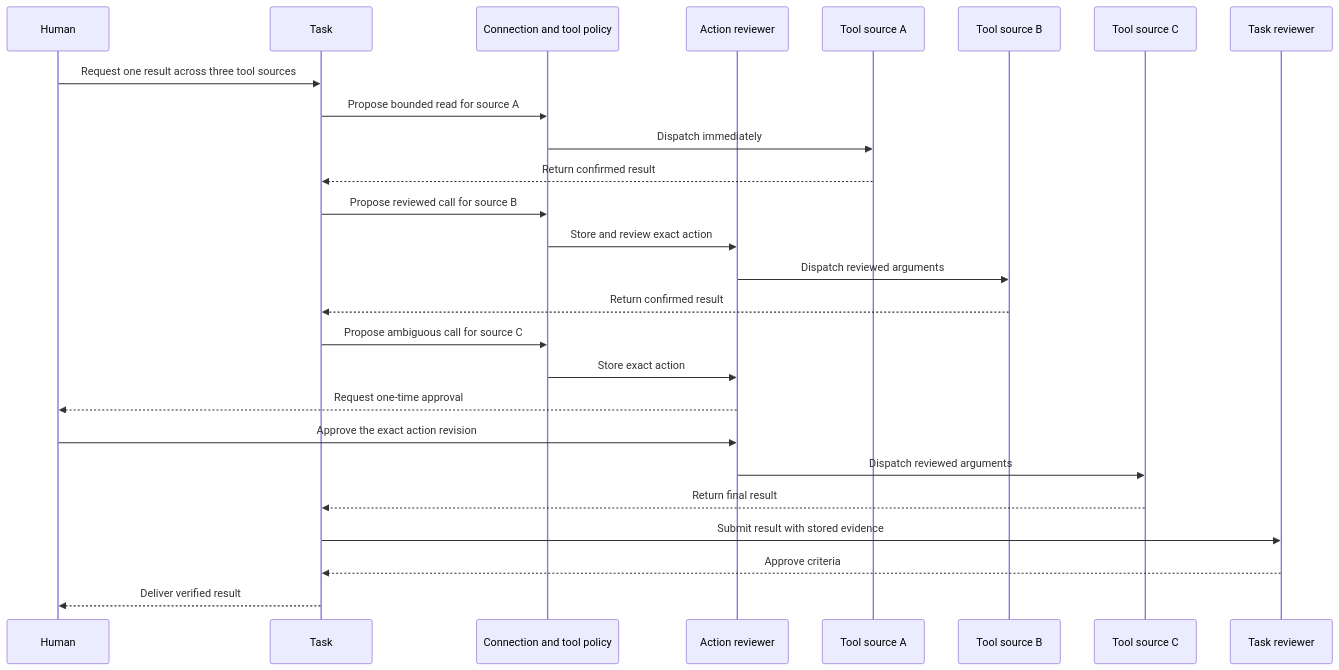
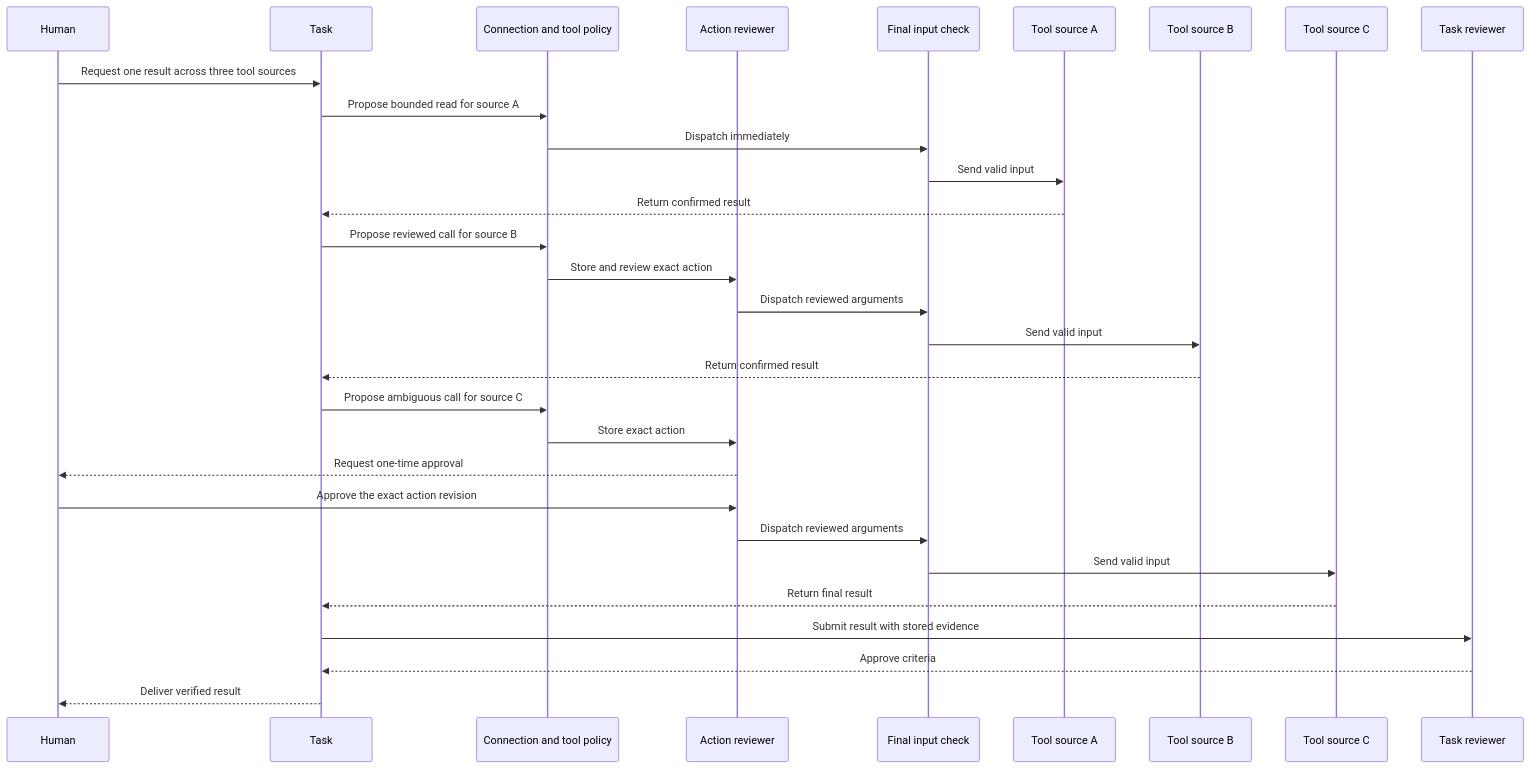
Before and after one commit to kpsuperplane/Noema: diagram 26 of 27 in docs/superpowers/plans/2026-08-08-noema-practical-reliability-roadmap.md, drawn with Mermaid. The commit also changed other lines of this file, not shown here.

Commit message:
docs: correct tool schema reliability plan

````diff
--- a/docs/superpowers/plans/2026-08-08-noema-practical-reliability-roadmap.md
+++ b/docs/superpowers/plans/2026-08-08-noema-practical-reliability-roadmap.md
@@ -1308,29 +1537,33 @@
 ```mermaid
 sequenceDiagram
     participant Human
     participant Task
     participant Policy as Connection and tool policy
     participant ActionReview as Action reviewer
+    participant InputCheck as Final input check
     participant SourceA as Tool source A
     participant SourceB as Tool source B
     participant SourceC as Tool source C
     participant TaskReview as Task reviewer
 
     Human->>Task: Request one result across three tool sources
     Task->>Policy: Propose bounded read for source A
-    Policy->>SourceA: Dispatch immediately
+    Policy->>InputCheck: Dispatch immediately
+    InputCheck->>SourceA: Send valid input
     SourceA-->>Task: Return confirmed result
     Task->>Policy: Propose reviewed call for source B
     Policy->>ActionReview: Store and review exact action
-    ActionReview->>SourceB: Dispatch reviewed arguments
+    ActionReview->>InputCheck: Dispatch reviewed arguments
+    InputCheck->>SourceB: Send valid input
     SourceB-->>Task: Return confirmed result
     Task->>Policy: Propose ambiguous call for source C
     Policy->>ActionReview: Store exact action
     ActionReview-->>Human: Request one-time approval
     Human->>ActionReview: Approve the exact action revision
-    ActionReview->>SourceC: Dispatch reviewed arguments
+    ActionReview->>InputCheck: Dispatch reviewed arguments
+    InputCheck->>SourceC: Send valid input
     SourceC-->>Task: Return final result
     Task->>TaskReview: Submit result with stored evidence
     TaskReview-->>Task: Approve criteria
     Task-->>Human: Deliver verified result
 ```
````
